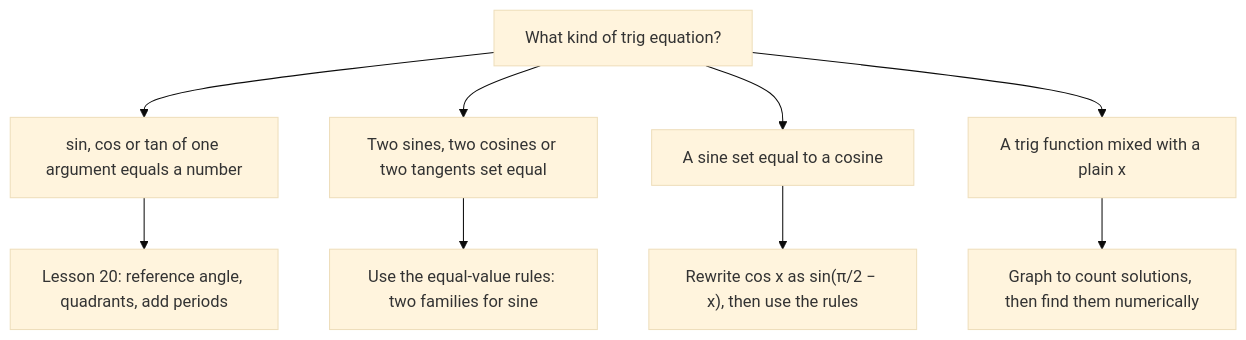
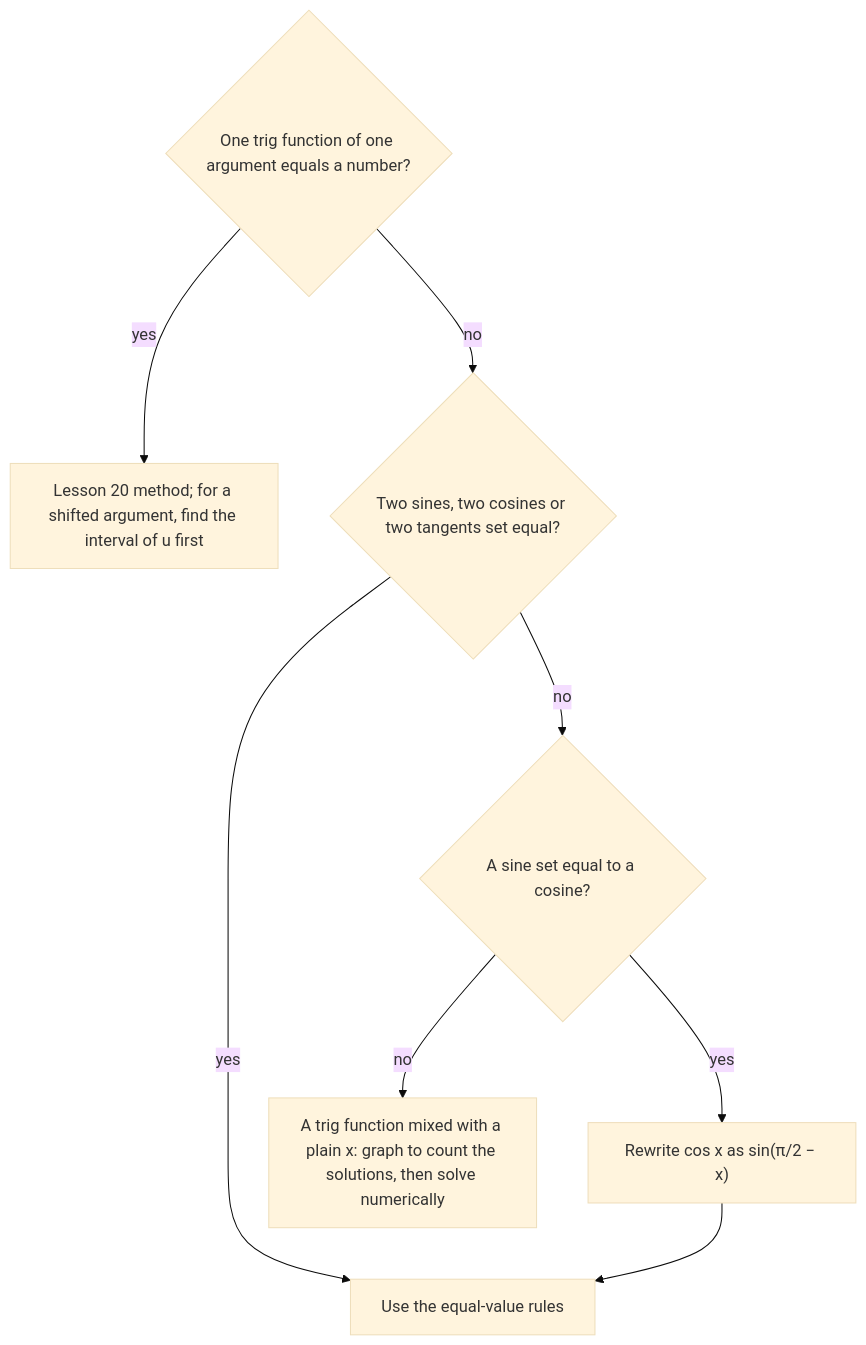
The diagram in content/math/trigonometry/lessons/20h2-general-solutions.md (Aziliz/erudior), drawn with Mermaid (base theme) before and after one commit. The commit also changed 110 other files, not shown here.

````diff
--- a/content/math/trigonometry/lessons/20h2-general-solutions.md
+++ b/content/math/trigonometry/lessons/20h2-general-solutions.md
@@ -92,13 +92,12 @@
 ```mermaid
 flowchart TD
   accTitle: Choosing a method for a trig equation
-  accDescr: If the equation is one trig function equal to a number, use Lesson 20's method. If it sets two sines, two cosines or two tangents equal, use the equal-value rules. If it sets a sine equal to a cosine, first use a cofunction identity to make both sines. If the argument is shifted, substitute u for the argument and find u's interval first. If a trig function is mixed with a plain x, no formula works, so graph to count the solutions and then find them numerically.
-  S["What kind of trig equation?"] --> A["sin, cos or tan of one argument equals a number"]
-  S --> B["Two sines, two cosines or two tangents set equal"]
-  S --> C["A sine set equal to a cosine"]
-  S --> E["A trig function mixed with a plain x"]
-  A --> A1["Lesson 20: reference angle, quadrants, add periods"]
-  B --> B1["Use the equal-value rules: two families for sine"]
-  C --> C1["Rewrite cos x as sin(π/2 − x), then use the rules"]
-  E --> E1["Graph to count solutions, then find them numerically"]
+  accDescr: First ask whether one trig function of one argument equals a number. If so, use Lesson 20's method, and for a shifted argument find the interval of u first. If not, ask whether two sines, two cosines or two tangents are set equal; if so, use the equal-value rules. If not, ask whether a sine is set equal to a cosine; if so, rewrite cos x as sin(π/2 − x) and then use the equal-value rules. Otherwise a trig function is mixed with a plain x: graph to count the solutions, then find them numerically.
+  A{"One trig function of one argument equals a number?"} -- yes --> A1["Lesson 20 method; for a shifted argument, find the interval of u first"]
+  A -- no --> B{"Two sines, two cosines or two tangents set equal?"}
+  B -- yes --> B1["Use the equal-value rules"]
+  B -- no --> C{"A sine set equal to a cosine?"}
+  C -- yes --> C1["Rewrite cos x as sin(π/2 − x)"]
+  C1 --> B1
+  C -- no --> D["A trig function mixed with a plain x: graph to count the solutions, then solve numerically"]
 ```
````
